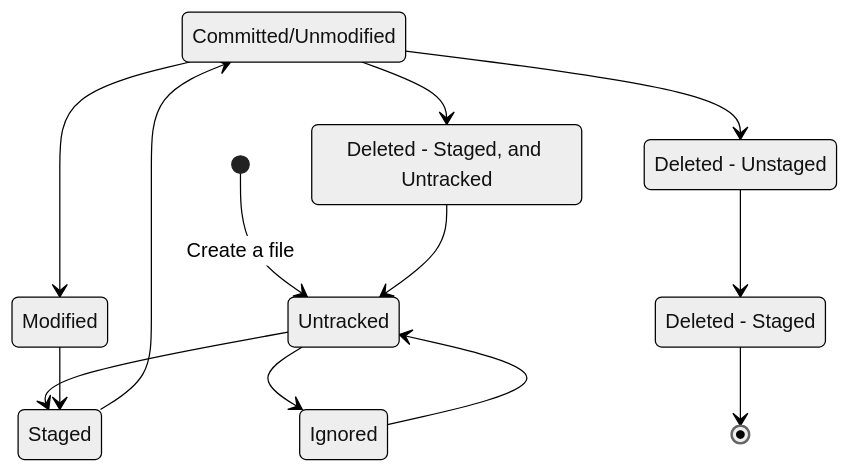
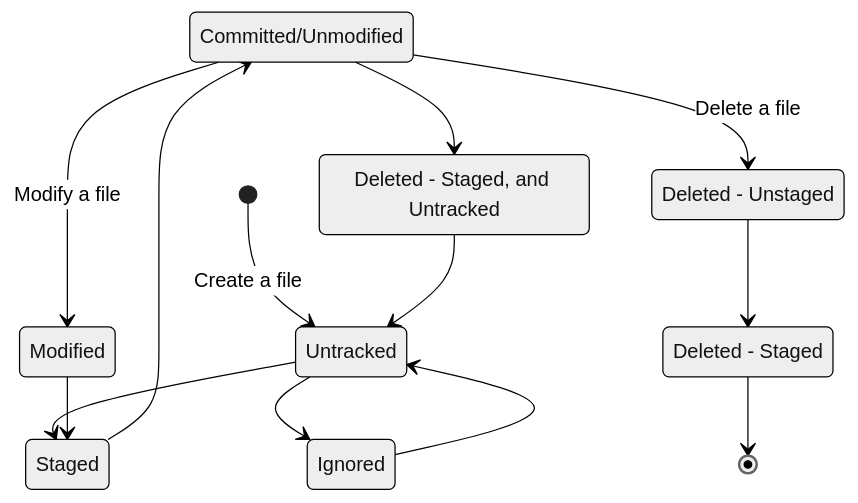
Before and after one commit to bingyangchen/KM-software: the fifth of 6 diagrams in Tools/Git/L1 - Introduction.md, drawn with Mermaid (neutral theme). The commit also changed other lines of this file and 22 other files, not shown here.

````diff
--- a/Tools/Git/L1 - Introduction.md
+++ b/Tools/Git/L1 - Introduction.md
@@ -206,19 +201,19 @@
 ```mermaid
 stateDiagram-v2
     c: Committed/Unmodified
     du: Deleted - Unstaged
     ds: Deleted - Staged
     dsu: Deleted - Staged, and Untracked
     [*] --> Untracked: Create a file
     Untracked --> Ignored
     Ignored --> Untracked
     Untracked --> Staged
     Modified --> Staged
     Staged --> c
-    c --> Modified
+    c --> Modified: Modify a file
     c --> dsu
     dsu --> Untracked
-    c --> du
+    c --> du: Delete a file
     du --> ds
     ds --> [*]
 ```
````
